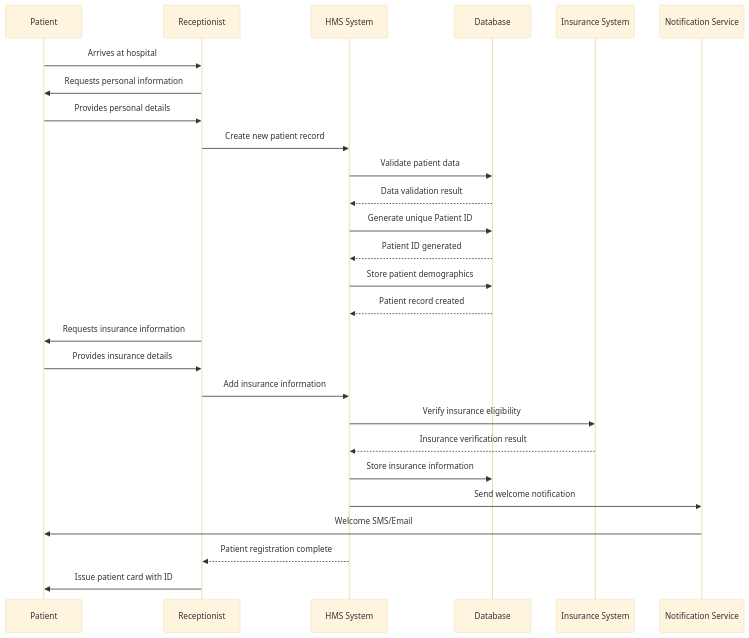
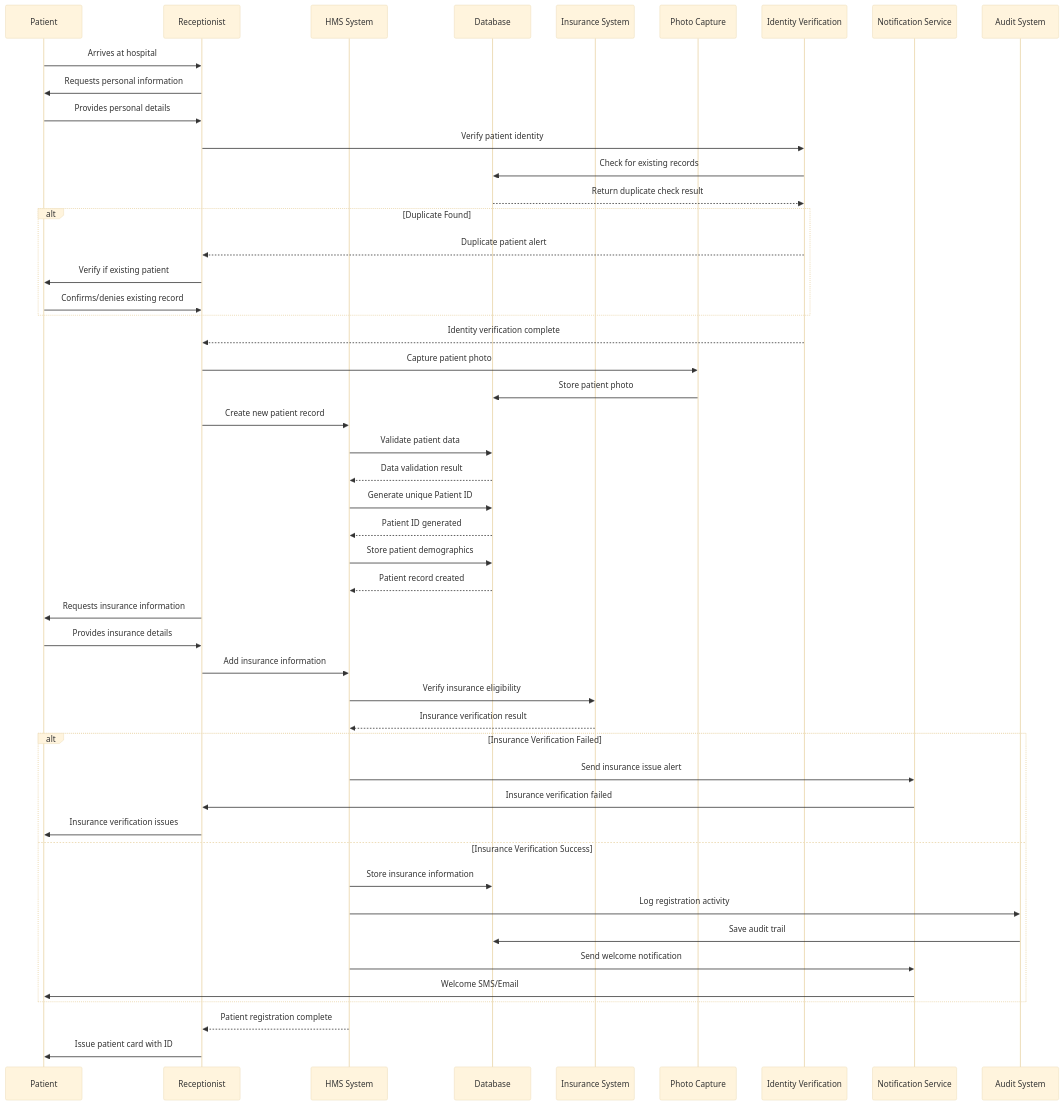
Before and after one commit to harcop/limises: the first of 10 diagrams in sequence-diagrams/patient-management-sequence.md, drawn with Mermaid (base theme). The commit also changed other lines of this file and 16 other files, not shown here.

````diff
--- a/sequence-diagrams/patient-management-sequence.md
+++ b/sequence-diagrams/patient-management-sequence.md
@@ -5,30 +5,52 @@
 ```mermaid
 sequenceDiagram
     participant P as Patient
     participant R as Receptionist
     participant HMS as HMS System
     participant DB as Database
     participant INS as Insurance System
+    participant PHOTO as Photo Capture
+    participant VERIFY as Identity Verification
     participant NOT as Notification Service
+    participant AUDIT as Audit System
 
     P->>R: Arrives at hospital
     R->>P: Requests personal information
     P->>R: Provides personal details
+    R->>VERIFY: Verify patient identity
+    VERIFY->>DB: Check for existing records
+    DB-->>VERIFY: Return duplicate check result
+    alt Duplicate Found
+        VERIFY-->>R: Duplicate patient alert
+        R->>P: Verify if existing patient
+        P->>R: Confirms/denies existing record
+    end
+    VERIFY-->>R: Identity verification complete
+    R->>PHOTO: Capture patient photo
+    PHOTO->>DB: Store patient photo
     R->>HMS: Create new patient record
     HMS->>DB: Validate patient data
     DB-->>HMS: Data validation result
     HMS->>DB: Generate unique Patient ID
     DB-->>HMS: Patient ID generated
     HMS->>DB: Store patient demographics
     DB-->>HMS: Patient record created
     R->>P: Requests insurance information
     P->>R: Provides insurance details
     R->>HMS: Add insurance information
     HMS->>INS: Verify insurance eligibility
     INS-->>HMS: Insurance verification result
-    HMS->>DB: Store insurance information
-    HMS->>NOT: Send welcome notification
-    NOT->>P: Welcome SMS/Email
+    alt Insurance Verification Failed
+        HMS->>NOT: Send insurance issue alert
+        NOT->>R: Insurance verification failed
+        R->>P: Insurance verification issues
+    else Insurance Verification Success
+        HMS->>DB: Store insurance information
+        HMS->>AUDIT: Log registration activity
+        AUDIT->>DB: Save audit trail
+        HMS->>NOT: Send welcome notification
+        NOT->>P: Welcome SMS/Email
+    end
     HMS-->>R: Patient registration complete
     R->>P: Issue patient card with ID
 ```
````
